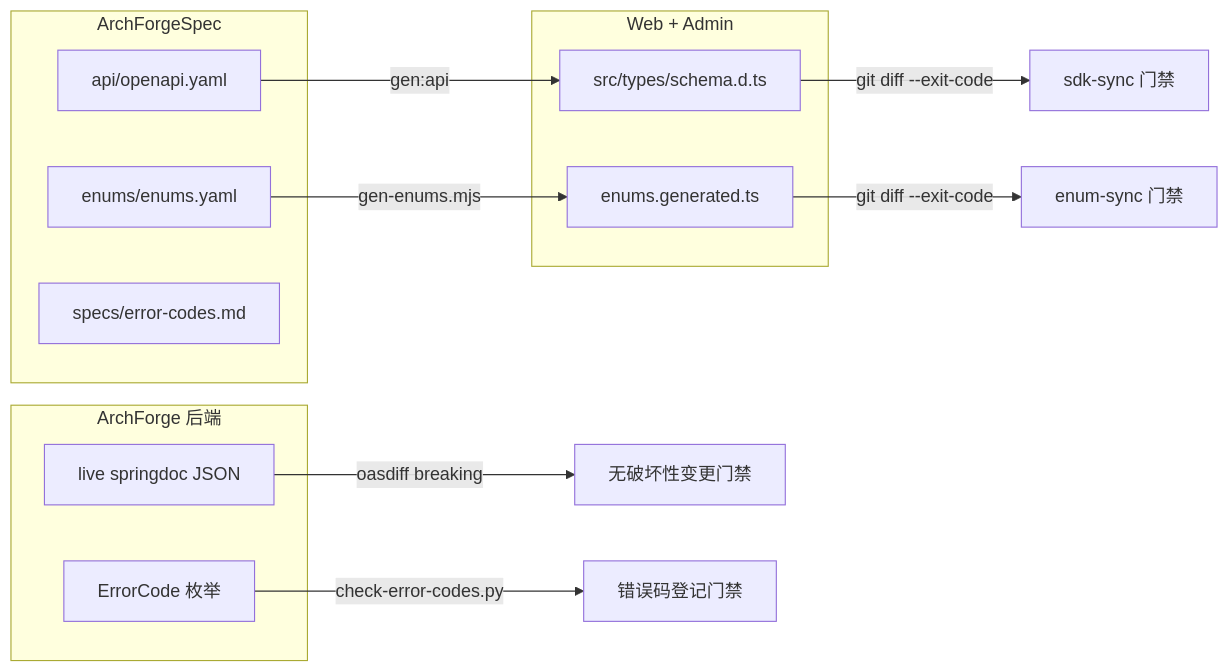
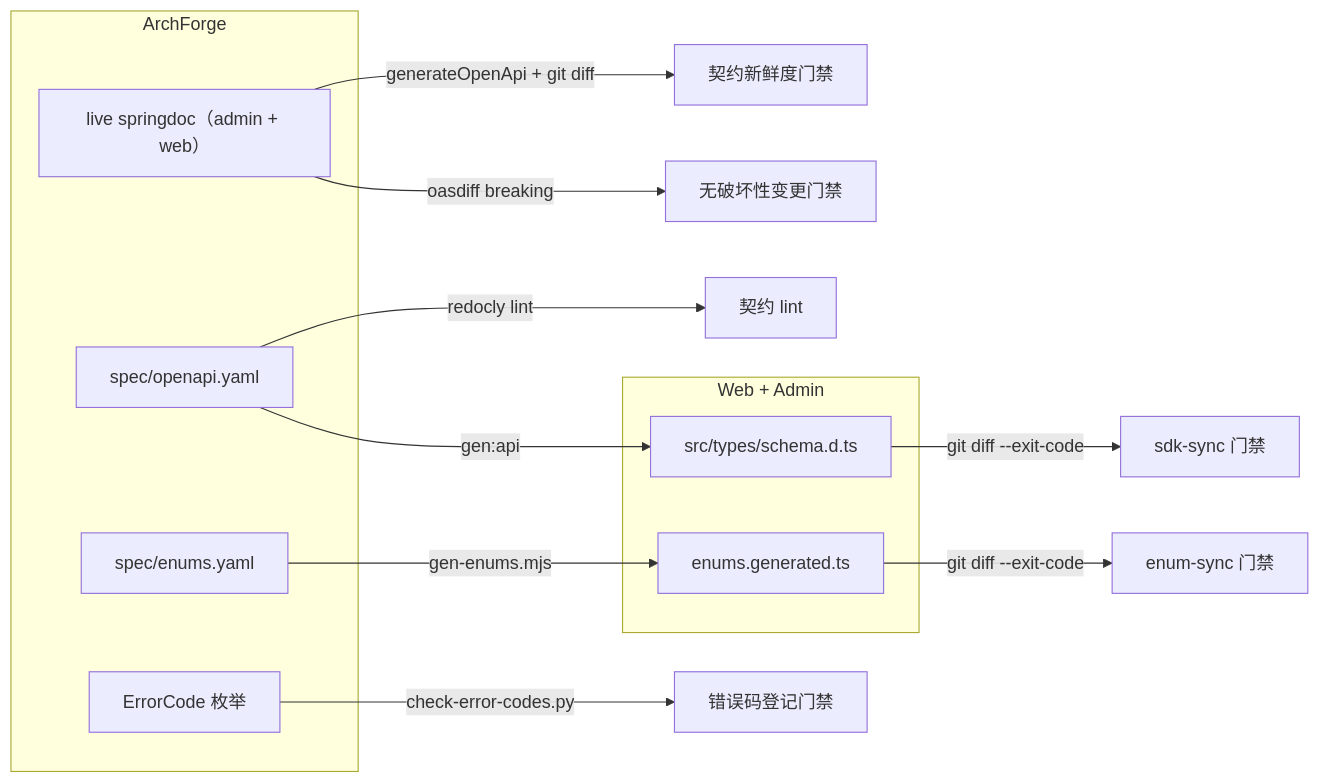
Before and after one commit to sofn/ArchForgeDocs: the fourth of 5 diagrams in docs/zh/guide/architecture.md, drawn with Mermaid. The commit also changed other lines of this file and 37 other files, not shown here.

````diff
--- a/docs/zh/guide/architecture.md
+++ b/docs/zh/guide/architecture.md
@@ -109,23 +110,22 @@
 ```mermaid
 flowchart LR
-  subgraph spec["ArchForgeSpec"]
-    OAS["api/openapi.yaml"]
-    ENUMS["enums/enums.yaml"]
-    ERRC["specs/error-codes.md"]
-  end
-  subgraph be["ArchForge 后端"]
-    LIVE["live springdoc JSON"]
+  subgraph be["ArchForge"]
+    LIVE["live springdoc（admin + web）"]
+    OAS["spec/openapi.yaml"]
+    ENUMS["spec/enums.yaml"]
     CODES["ErrorCode 枚举"]
   end
   subgraph fe["Web + Admin"]
     SDKT["src/types/schema.d.ts"]
     ENUMTS["enums.generated.ts"]
   end
 
+  LIVE -->|"generateOpenApi + git diff"| GATE0["契约新鲜度门禁"]
+  LIVE -->|"oasdiff breaking"| GATE3["无破坏性变更门禁"]
+  OAS -->|"redocly lint"| GATE5["契约 lint"]
   OAS -->|"gen:api"| SDKT
   ENUMS -->|"gen-enums.mjs"| ENUMTS
   SDKT -->|"git diff --exit-code"| GATE1["sdk-sync 门禁"]
   ENUMTS -->|"git diff --exit-code"| GATE2["enum-sync 门禁"]
-  LIVE -->|"oasdiff breaking"| GATE3["无破坏性变更门禁"]
   CODES -->|"check-error-codes.py"| GATE4["错误码登记门禁"]
 ```
````
